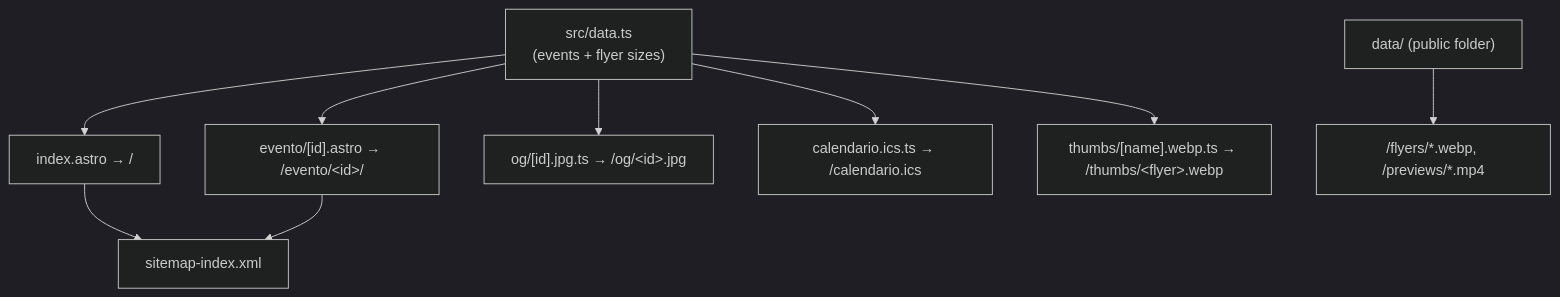
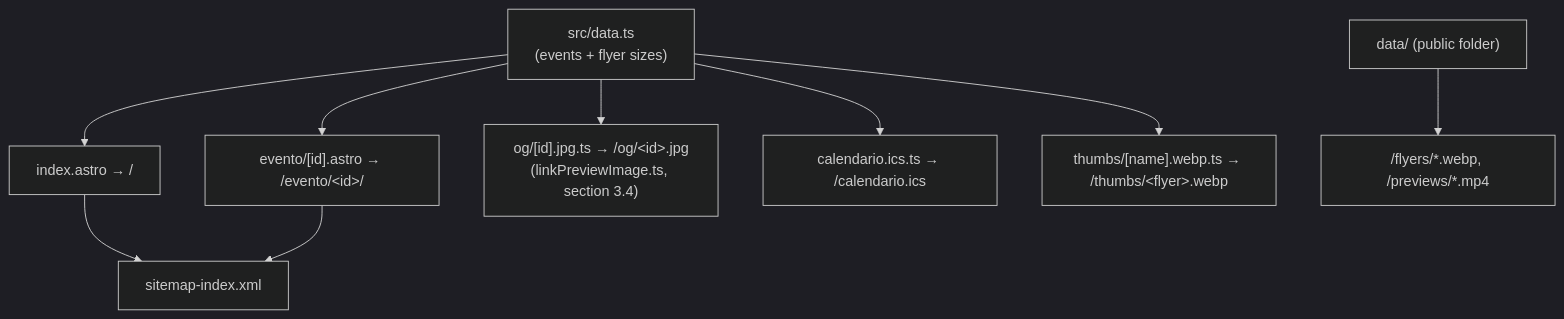
Before and after one commit to pa-bailar/pa-bailar.github.io: the fourth of 8 diagrams in docs/ARCHITECTURE.md, drawn with Mermaid (dark theme). The commit also changed other lines of this file and 23 other files, not shown here.

````diff
--- a/docs/ARCHITECTURE.md
+++ b/docs/ARCHITECTURE.md
@@ -173,11 +173,11 @@
 ```mermaid
 flowchart TD
     D["src/data.ts<br/>(events + flyer sizes)"] --> IDX["index.astro → /"]
     D --> EVT["evento/[id].astro → /evento/&lt;id&gt;/"]
-    D --> OG["og/[id].jpg.ts → /og/&lt;id&gt;.jpg"]
+    D --> OG["og/[id].jpg.ts → /og/&lt;id&gt;.jpg<br/>(linkPreviewImage.ts, section 3.4)"]
     D --> ICS["calendario.ics.ts → /calendario.ics"]
     D --> TH["thumbs/[name].webp.ts → /thumbs/&lt;flyer&gt;.webp"]
     IDX --> SM["sitemap-index.xml"]
     EVT --> SM
     PUB["data/ (public folder)"] --> FLY["/flyers/*.webp, /previews/*.mp4"]
 ```
````
